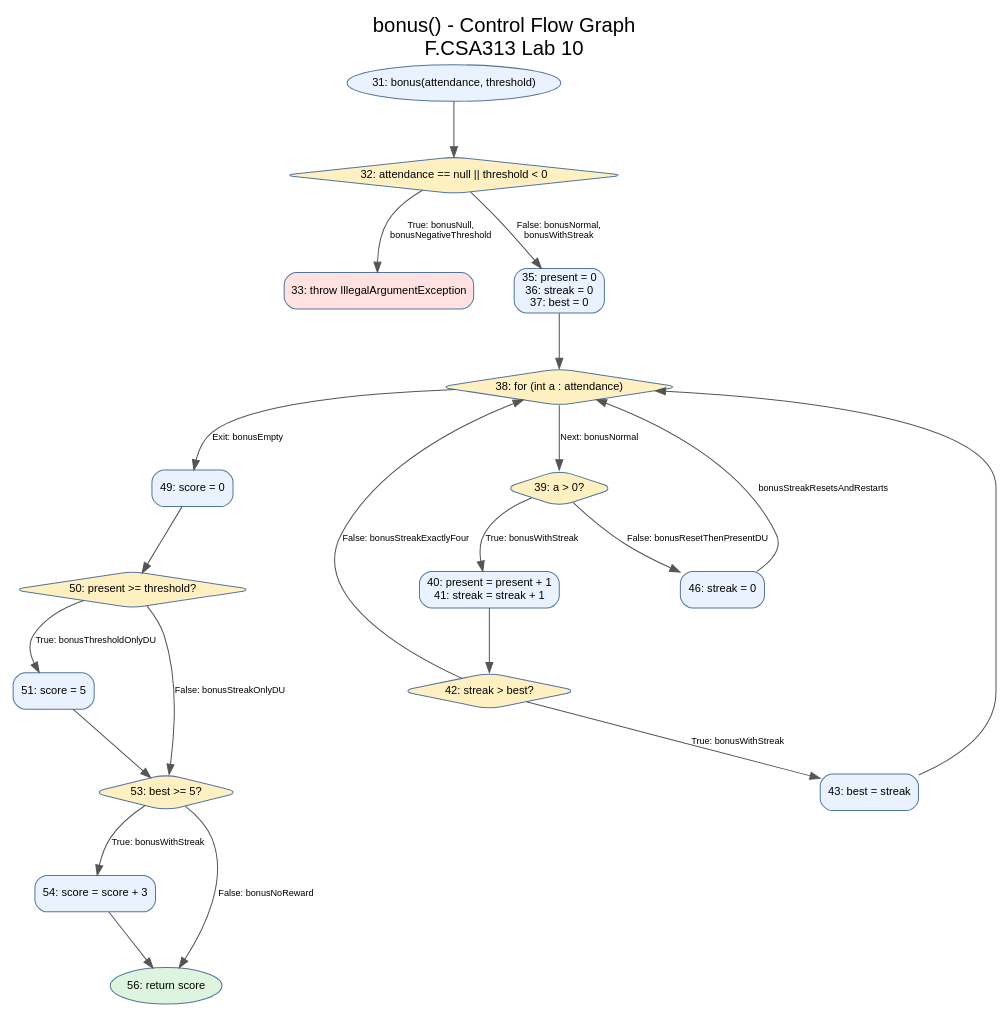
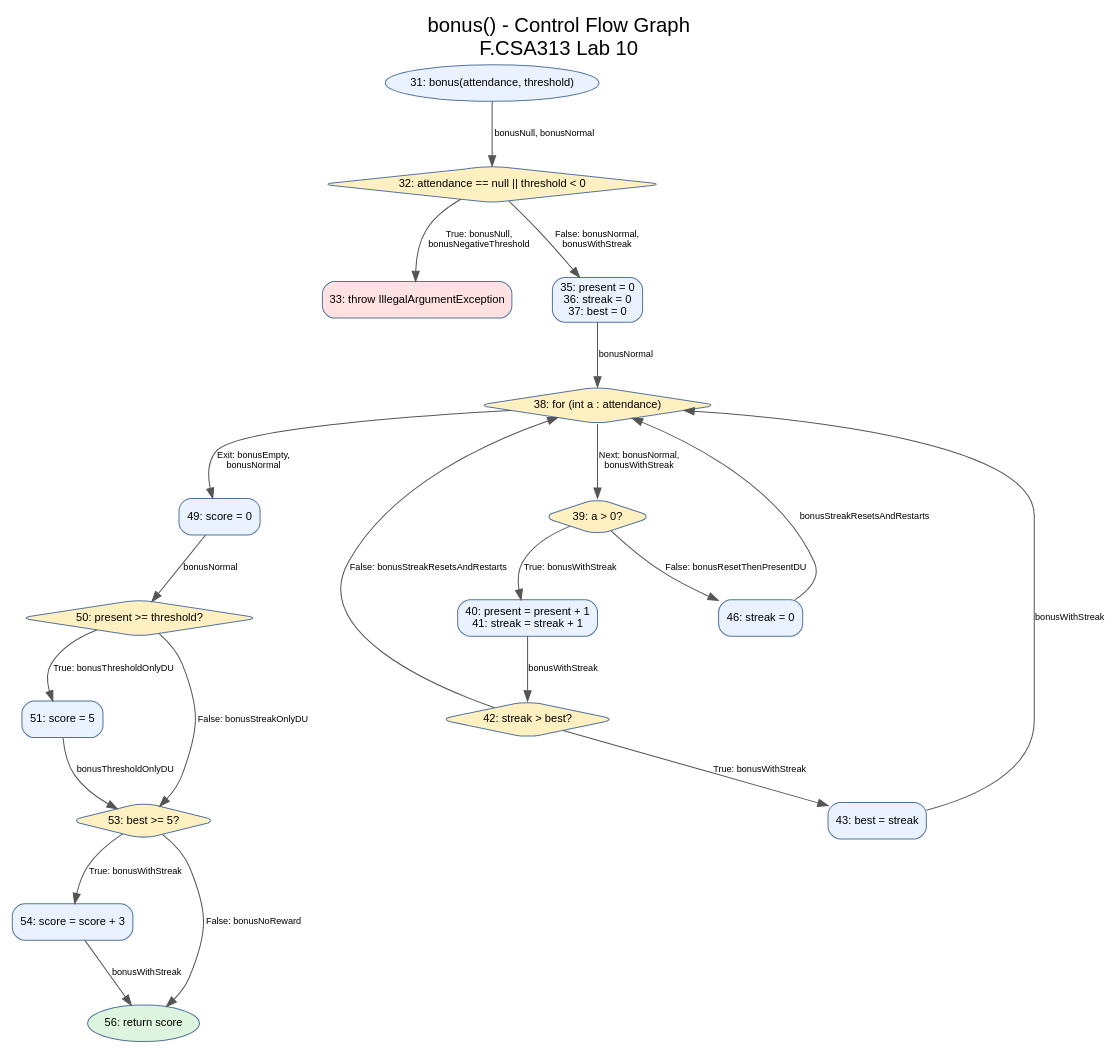
Before and after one commit to bulganmust/F.CSA313_lab10: the diagram in cfg-bonus.dot, drawn with Graphviz. The commit also changed 1 other file, not shown here.

```diff
--- a/cfg-bonus.dot
+++ b/cfg-bonus.dot
@@ -1,77 +1,80 @@
 
 digraph BonusCFG {
     graph [
         label="bonus() - Control Flow Graph\nF.CSA313 Lab 10",
         labelloc=t,
         fontsize=20,
         fontname="Arial",
         rankdir=TB,
         nodesep=0.55,
         ranksep=0.75
     ];
 
     node [
         shape=box,
         style="rounded,filled",
         fillcolor="#EAF2FF",
         color="#5275A0",
         fontname="Arial",
         fontsize=11
     ];
 
     edge [
         fontname="Arial",
         fontsize=9,
         color="#555555"
     ];
 
     start [label="31: bonus(attendance, threshold)", shape=oval];
     check [label="32: attendance == null || threshold < 0", shape=diamond, fillcolor="#FFF0C2"];
     error [label="33: throw IllegalArgumentException", fillcolor="#FFE1E1"];
 
     init [label="35: present = 0\n36: streak = 0\n37: best = 0"];
     loop [label="38: for (int a : attendance)", shape=diamond, fillcolor="#FFF0C2"];
     presentCheck [label="39: a > 0?", shape=diamond, fillcolor="#FFF0C2"];
 
     count [label="40: present = present + 1\n41: streak = streak + 1"];
     bestCheck [label="42: streak > best?", shape=diamond, fillcolor="#FFF0C2"];
     updateBest [label="43: best = streak"];
     reset [label="46: streak = 0"];
 
     scoreInit [label="49: score = 0"];
     thresholdCheck [label="50: present >= threshold?", shape=diamond, fillcolor="#FFF0C2"];
     reward [label="51: score = 5"];
     streakCheck [label="53: best >= 5?", shape=diamond, fillcolor="#FFF0C2"];
     extra [label="54: score = score + 3"];
     end [label="56: return score", shape=oval, fillcolor="#DDF5DF"];
 
-    start -> check;
+        start -> check [label="bonusNull, bonusNormal"];
 
     check -> error [label="True: bonusNull,\nbonusNegativeThreshold"];
     check -> init [label="False: bonusNormal,\nbonusWithStreak"];
 
-    init -> loop;
+    init -> loop [label="bonusNormal"];
 
-    loop -> presentCheck [label="Next: bonusNormal"];
-    loop -> scoreInit [label="Exit: bonusEmpty"];
+    loop -> presentCheck [label="Next: bonusNormal,\nbonusWithStreak"];
+    loop -> scoreInit [label="Exit: bonusEmpty,\nbonusNormal"];
 
     presentCheck -> count [label="True: bonusWithStreak"];
     presentCheck -> reset [label="False: bonusResetThenPresentDU"];
 
-    count -> bestCheck;
+    count -> bestCheck [label="bonusWithStreak"];
+
     bestCheck -> updateBest [label="True: bonusWithStreak"];
-    bestCheck -> loop [label="False: bonusStreakExactlyFour"];
-    updateBest -> loop;
+    bestCheck -> loop [label="False: bonusStreakResetsAndRestarts"];
 
+    updateBest -> loop [label="bonusWithStreak"];
     reset -> loop [label="bonusStreakResetsAndRestarts"];
 
-    scoreInit -> thresholdCheck;
+    scoreInit -> thresholdCheck [label="bonusNormal"];
 
     thresholdCheck -> reward [label="True: bonusThresholdOnlyDU"];
     thresholdCheck -> streakCheck [label="False: bonusStreakOnlyDU"];
-    reward -> streakCheck;
+
+    reward -> streakCheck [label="bonusThresholdOnlyDU"];
 
     streakCheck -> extra [label="True: bonusWithStreak"];
     streakCheck -> end [label="False: bonusNoReward"];
-    extra -> end;
+
+    extra -> end [label="bonusWithStreak"];
 }
```
